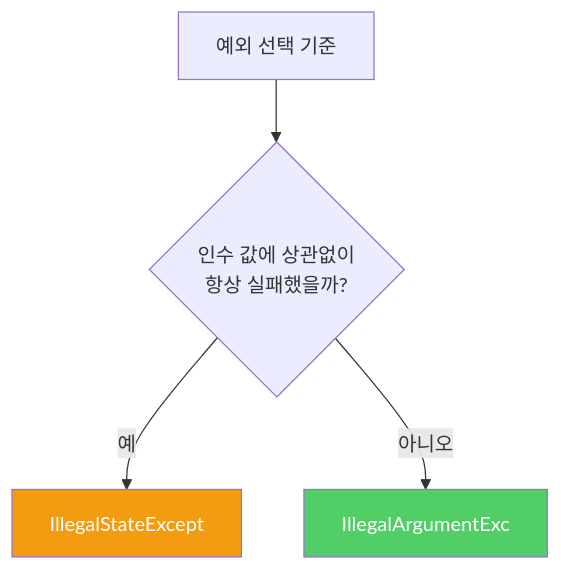
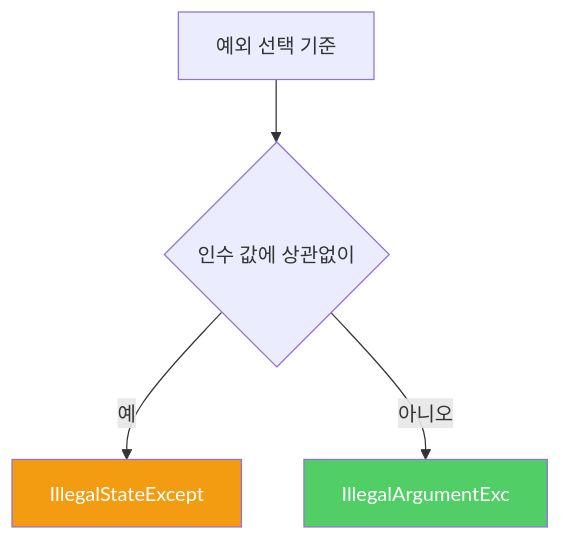
The diagram in _posts/java/2022-02-17-effective-java72.md (yjkim2015/yjkim2015.github.io), drawn with Mermaid before and after one commit. The commit also changed 217 other files, not shown here.

First line of the commit message:
Mermaid 크기 수정: useMaxWidth:true + SVG max-width:100% + 라벨 축소

````diff
--- a/_posts/java/2022-02-17-effective-java72.md
+++ b/_posts/java/2022-02-17-effective-java72.md
@@ -58,8 +58,8 @@
 ```mermaid
 graph TD
-    A["예외 선택 기준"] --> B{"인수 값에 상관없이\n항상 실패했을까?"}
+    A["예외 선택 기준"] --> B{"인수 값에 상관없이"}
     B -- 예 --> C["IllegalStateExcept"]
     B -- 아니오 --> D["IllegalArgumentExc"]
     style C fill:#f39c12,color:#fff
     style D fill:#51cf66,color:#fff
 ```
````
